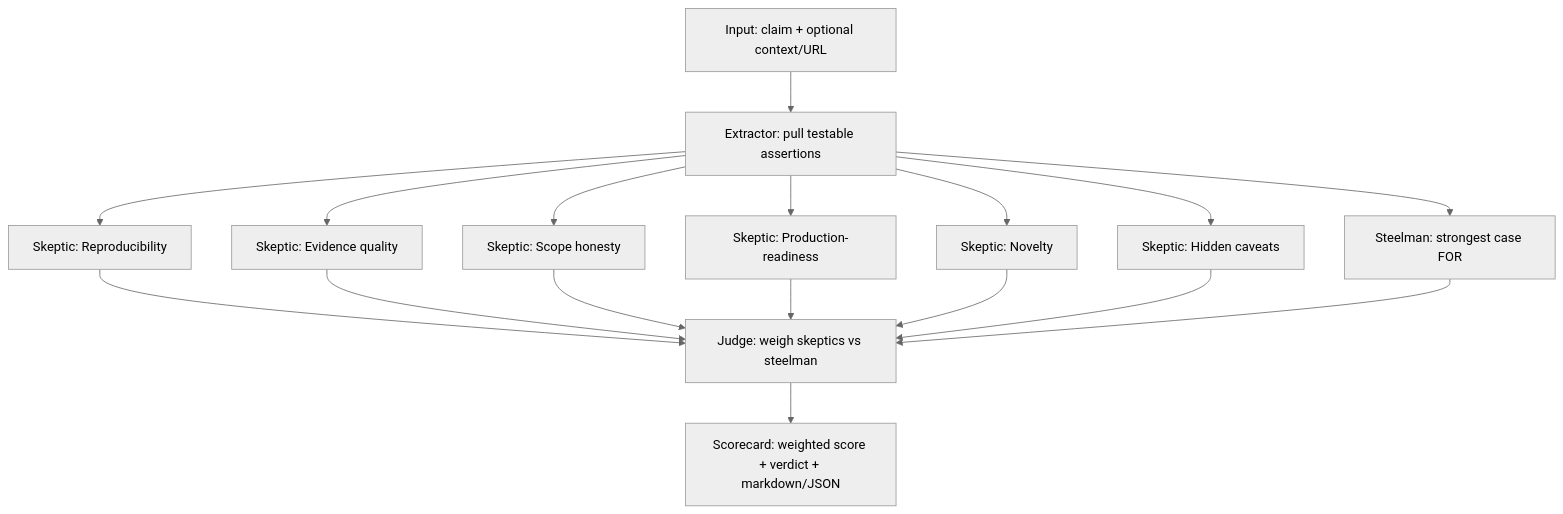
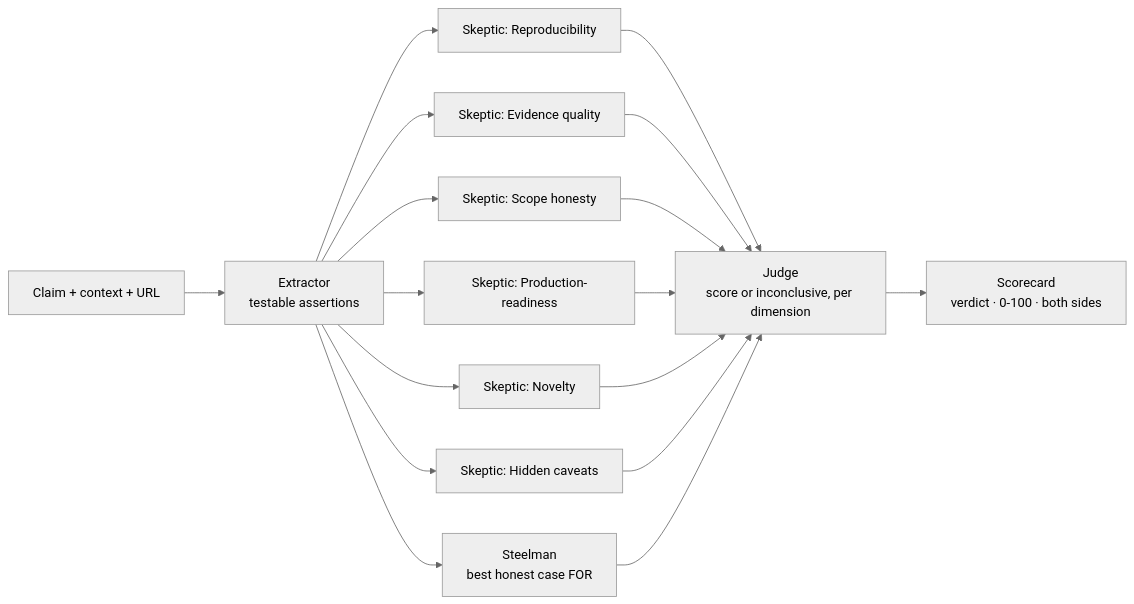
The diagram in README.md (jordnlvr/ship-or-theater), drawn with Mermaid (neutral theme) before and after one commit. The commit also changed other lines of this file and 69 other files, not shown here.

````diff
--- a/README.md
+++ b/README.md
@@ -15,19 +44,13 @@
 ```mermaid
-flowchart TD
-    A["Input: claim + optional context/URL"] --> B["Extractor: pull testable assertions"]
+flowchart LR
+    A["Claim + context + URL"] --> B["Extractor<br/>testable assertions"]
     B --> C1["Skeptic: Reproducibility"]
     B --> C2["Skeptic: Evidence quality"]
     B --> C3["Skeptic: Scope honesty"]
     B --> C4["Skeptic: Production-readiness"]
     B --> C5["Skeptic: Novelty"]
     B --> C6["Skeptic: Hidden caveats"]
-    B --> D["Steelman: strongest case FOR"]
-    C1 --> E["Judge: weigh skeptics vs steelman"]
-    C2 --> E
-    C3 --> E
-    C4 --> E
-    C5 --> E
-    C6 --> E
-    D --> E
-    E --> F["Scorecard: weighted score + verdict + markdown/JSON"]
+    B --> D["Steelman<br/>best honest case FOR"]
+    C1 & C2 & C3 & C4 & C5 & C6 & D --> E["Judge<br/>score or inconclusive, per dimension"]
+    E --> F["Scorecard<br/>verdict · 0-100 · both sides"]
 ```
````
